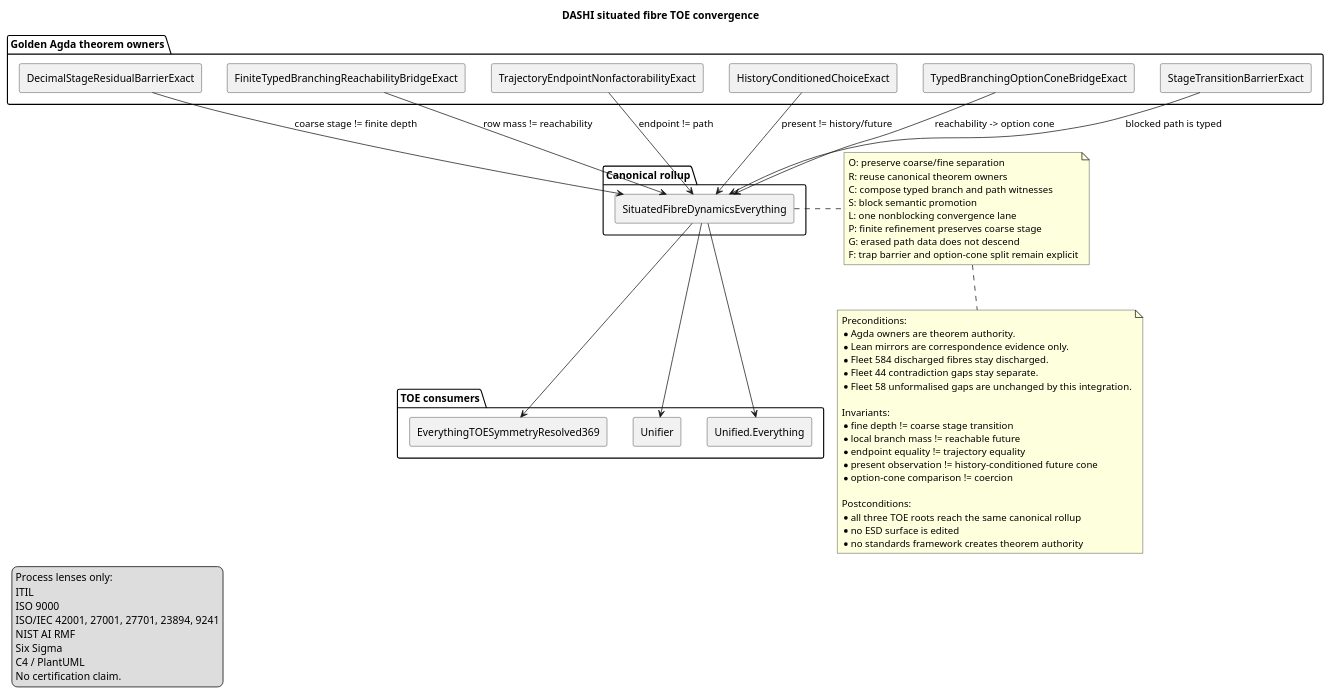
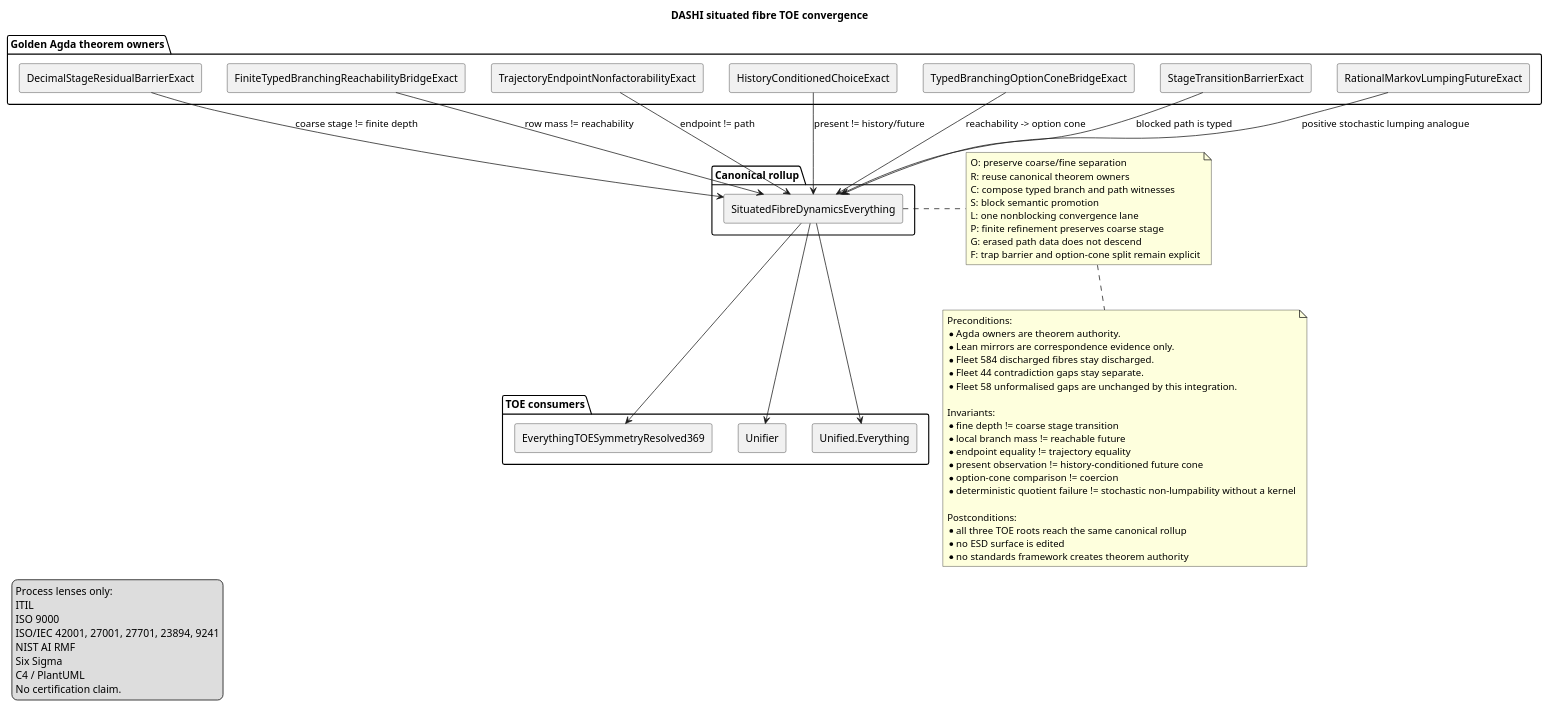
Before and after one commit to chboishabba/dashi_agda: the diagram in Docs/architecture/SituatedFibreTOE.puml, drawn with PlantUML.

Commit message:
docs: add Markov lumping analogue to situated fibre view

```diff
--- a/Docs/architecture/SituatedFibreTOE.puml
+++ b/Docs/architecture/SituatedFibreTOE.puml
@@ -1,78 +1,81 @@
 @startuml
 title DASHI situated fibre TOE convergence
 
 skinparam componentStyle rectangle
 
 package "Golden Agda theorem owners" {
   [DecimalStageResidualBarrierExact] as Decimal
   [FiniteTypedBranchingReachabilityBridgeExact] as Branch
   [TrajectoryEndpointNonfactorabilityExact] as Trajectory
   [HistoryConditionedChoiceExact] as History
   [TypedBranchingOptionConeBridgeExact] as Cone
   [StageTransitionBarrierExact] as Barrier
+  [RationalMarkovLumpingFutureExact] as Markov
 }
 
 package "Canonical rollup" {
   [SituatedFibreDynamicsEverything] as Rollup
 }
 
 package "TOE consumers" {
   [EverythingTOESymmetryResolved369] as TOE
   [Unifier] as Unifier
   [Unified.Everything] as Unified
 }
 
 Decimal --> Rollup : coarse stage != finite depth
 Branch --> Rollup : row mass != reachability
 Trajectory --> Rollup : endpoint != path
 History --> Rollup : present != history/future
 Barrier --> Rollup : blocked path is typed
 Cone --> Rollup : reachability -> option cone
+Markov --> Rollup : positive stochastic lumping analogue
 
 Rollup --> TOE
 Rollup --> Unifier
 Rollup --> Unified
 
 note right of Rollup
 O: preserve coarse/fine separation
 R: reuse canonical theorem owners
 C: compose typed branch and path witnesses
 S: block semantic promotion
 L: one nonblocking convergence lane
 P: finite refinement preserves coarse stage
 G: erased path data does not descend
 F: trap barrier and option-cone split remain explicit
 end note
 
 note bottom
 Preconditions:
 * Agda owners are theorem authority.
 * Lean mirrors are correspondence evidence only.
 * Fleet 584 discharged fibres stay discharged.
 * Fleet 44 contradiction gaps stay separate.
 * Fleet 58 unformalised gaps are unchanged by this integration.
 
 Invariants:
 * fine depth != coarse stage transition
 * local branch mass != reachable future
 * endpoint equality != trajectory equality
 * present observation != history-conditioned future cone
 * option-cone comparison != coercion
+* deterministic quotient failure != stochastic non-lumpability without a kernel
 
 Postconditions:
 * all three TOE roots reach the same canonical rollup
 * no ESD surface is edited
 * no standards framework creates theorem authority
 end note
 
 legend left
 Process lenses only:
 ITIL
 ISO 9000
 ISO/IEC 42001, 27001, 27701, 23894, 9241
 NIST AI RMF
 Six Sigma
 C4 / PlantUML
 No certification claim.
 endlegend
 @enduml
```
